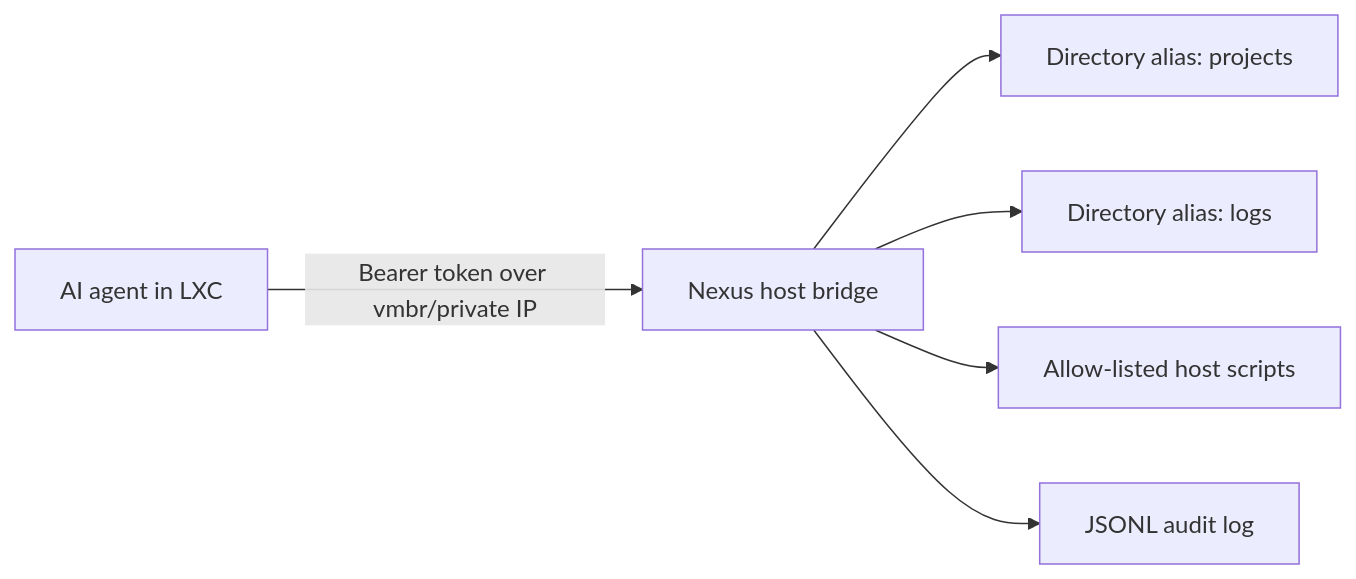
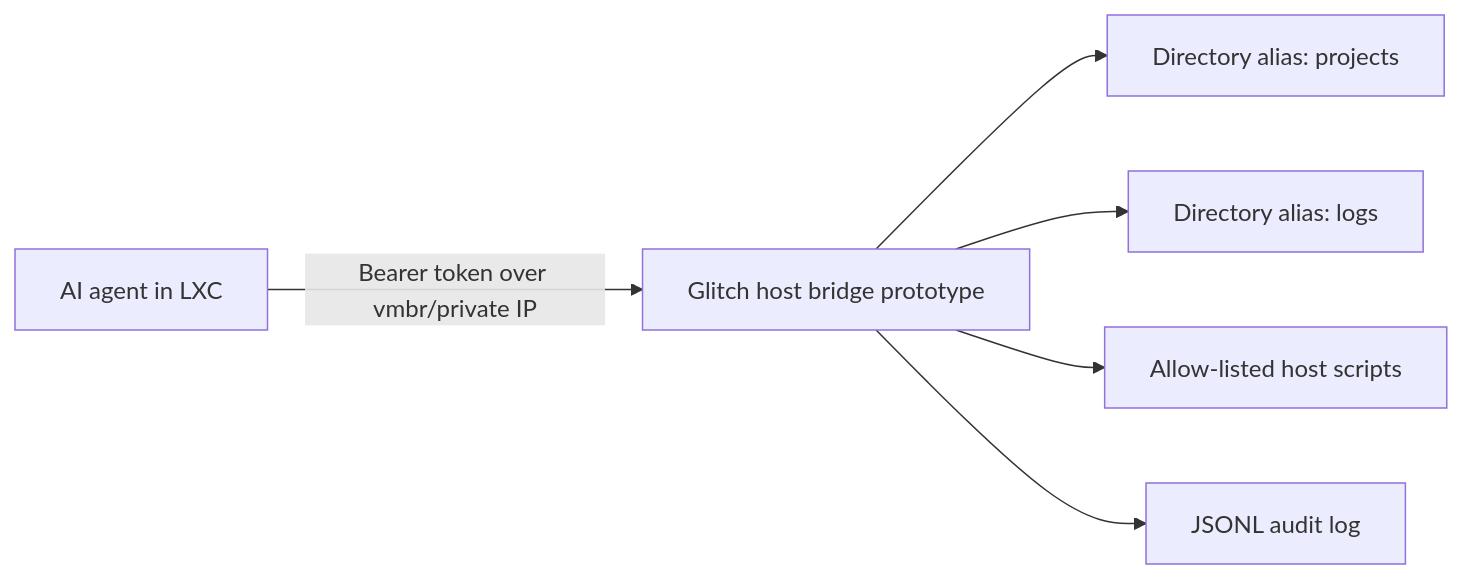
One commit to gr00t-iam/Glitch changed the diagram in docs/host-bridge-lxc.md. Above: the diagram before and after it, drawn with Mermaid. The commit also changed other lines of this file and 61 other files, not shown here.

Commit message:
Rebrand repository as Glitch and document the supported desktop agent

````diff
--- a/docs/host-bridge-lxc.md
+++ b/docs/host-bridge-lxc.md
@@ -7,8 +9,8 @@
 ```mermaid
 flowchart LR
-  A["AI agent in LXC"] -->|"Bearer token over vmbr/private IP"| B["Nexus host bridge"]
+  A["AI agent in LXC"] -->|"Bearer token over vmbr/private IP"| B["Glitch host bridge prototype"]
   B --> C["Directory alias: projects"]
   B --> D["Directory alias: logs"]
   B --> E["Allow-listed host scripts"]
   B --> F["JSONL audit log"]
 ```
````
